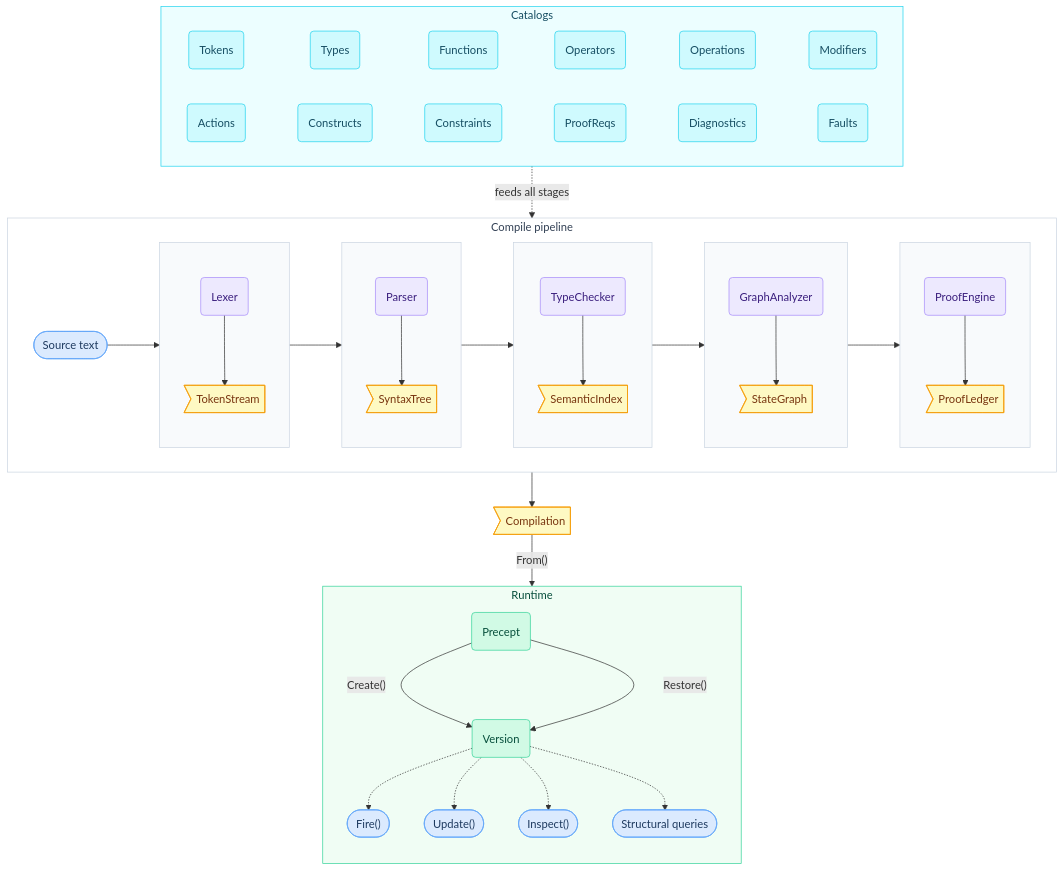
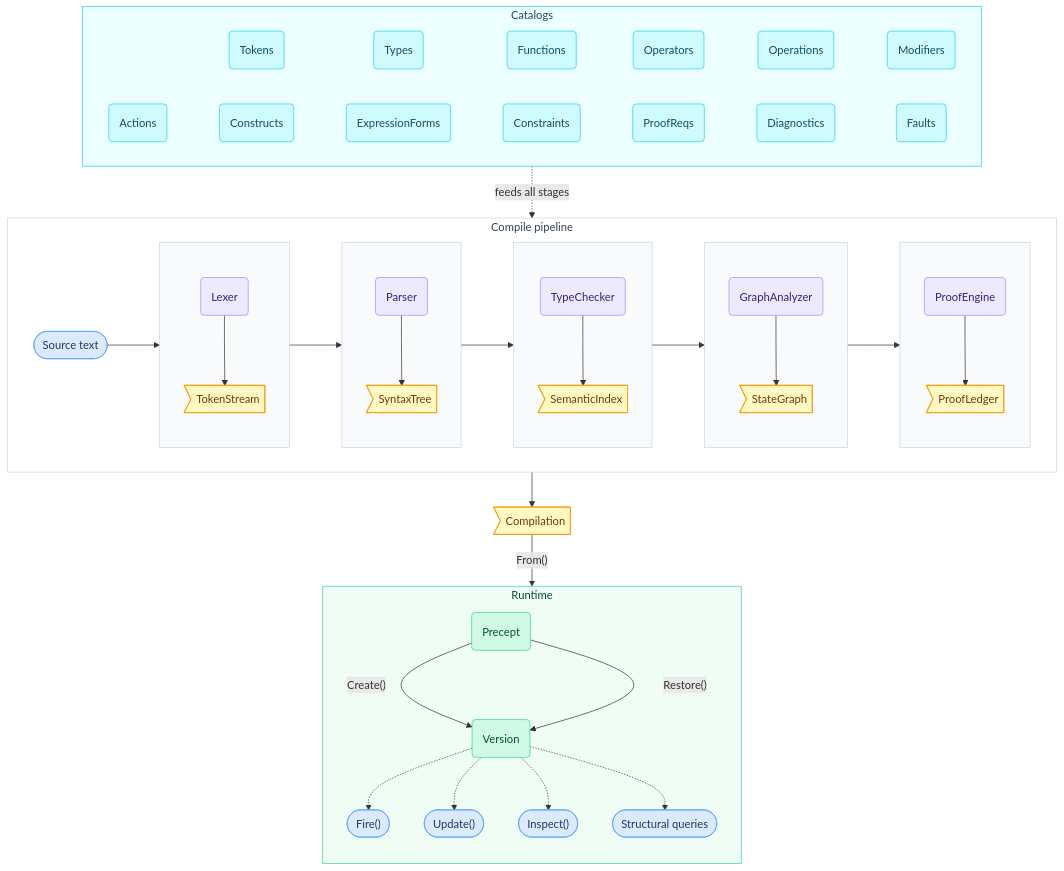
The first of 10 diagrams in docs/compiler-and-runtime-design.md (sfalik/Precept), drawn with Mermaid before and after one commit. The commit also changed other lines of this file, not shown here.

````diff
--- a/docs/compiler-and-runtime-design.md
+++ b/docs/compiler-and-runtime-design.md
@@ -61,76 +61,76 @@
 ```mermaid
 flowchart TD
     classDef input    fill:#dbeafe,stroke:#60a5fa,color:#1e3a5f
     classDef catalog  fill:#cffafe,stroke:#22d3ee,color:#164e63
     classDef stage    fill:#ede9fe,stroke:#a78bfa,color:#3b1f7e
     classDef artifact fill:#fef3c7,stroke:#f59e0b,color:#78350f
     classDef out      fill:#fef9c3,stroke:#f59e0b,color:#78350f
     classDef runtime  fill:#d1fae5,stroke:#34d399,color:#064e3b
 
     PR(Precept):::runtime
     V(Version):::runtime
     INS(["Inspect()"]):::input
     SQ([Structural queries]):::input
     FIR(["Fire()"]):::input
     UPD(["Update()"]):::input
 
     subgraph COMPILE[Compile pipeline]
         direction LR
 
         SRC([Source text]):::input
 
         subgraph c1[ ]
             direction TB
             LEX(Lexer):::stage --> TS>"TokenStream"]:::out
         end
         subgraph c2[ ]
             direction TB
             PAR(Parser):::stage --> ST>"SyntaxTree"]:::out
         end
         subgraph c3[ ]
             direction TB
             TC(TypeChecker):::stage --> SI>"SemanticIndex"]:::out
         end
         subgraph c4[ ]
             direction TB
             GA(GraphAnalyzer):::stage --> SG>"StateGraph"]:::out
         end
         subgraph c5[ ]
             direction TB
             PE(ProofEngine):::stage --> PL>"ProofLedger"]:::out
         end
 
         SRC --> c1 --> c2 --> c3 --> c4 --> c5
     end
 
     CR>"Compilation"]:::out
 
     subgraph CATALOGS[Catalogs]
         direction LR
         TOK(Tokens):::catalog ~~~ TYP(Types):::catalog ~~~ FUN(Functions):::catalog ~~~ OPR(Operators):::catalog ~~~ OPN(Operations):::catalog ~~~ MOD(Modifiers):::catalog
-        ACT(Actions):::catalog ~~~ CON(Constructs):::catalog ~~~ CST(Constraints):::catalog ~~~ PRQ(ProofReqs):::catalog ~~~ DIA(Diagnostics):::catalog ~~~ FLT(Faults):::catalog
+        ACT(Actions):::catalog ~~~ CON(Constructs):::catalog ~~~ EXP(ExpressionForms):::catalog ~~~ CST(Constraints):::catalog ~~~ PRQ(ProofReqs):::catalog ~~~ DIA(Diagnostics):::catalog ~~~ FLT(Faults):::catalog
     end
 
     CATALOGS -. feeds all stages .-> COMPILE
     COMPILE --> CR
     CR -- "From()" --> PR
 
     subgraph RUNTIME[Runtime]
         direction TB
         PR -- "Create()" --> V
         PR -- "Restore()" --> V
         V -.-> FIR
         V -.-> UPD
         V -.-> INS
         V -.-> SQ
     end
 
     style COMPILE  fill:#ffffff,stroke:#cbd5e1,color:#334155
     style RUNTIME  fill:#f0fdf4,stroke:#34d399,color:#064e3b
     style CATALOGS fill:#ecfeff,stroke:#22d3ee,color:#164e63
     style c1 fill:#f8fafc,stroke:#cbd5e1
     style c2 fill:#f8fafc,stroke:#cbd5e1
     style c3 fill:#f8fafc,stroke:#cbd5e1
     style c4 fill:#f8fafc,stroke:#cbd5e1
     style c5 fill:#f8fafc,stroke:#cbd5e1
 ```
````
